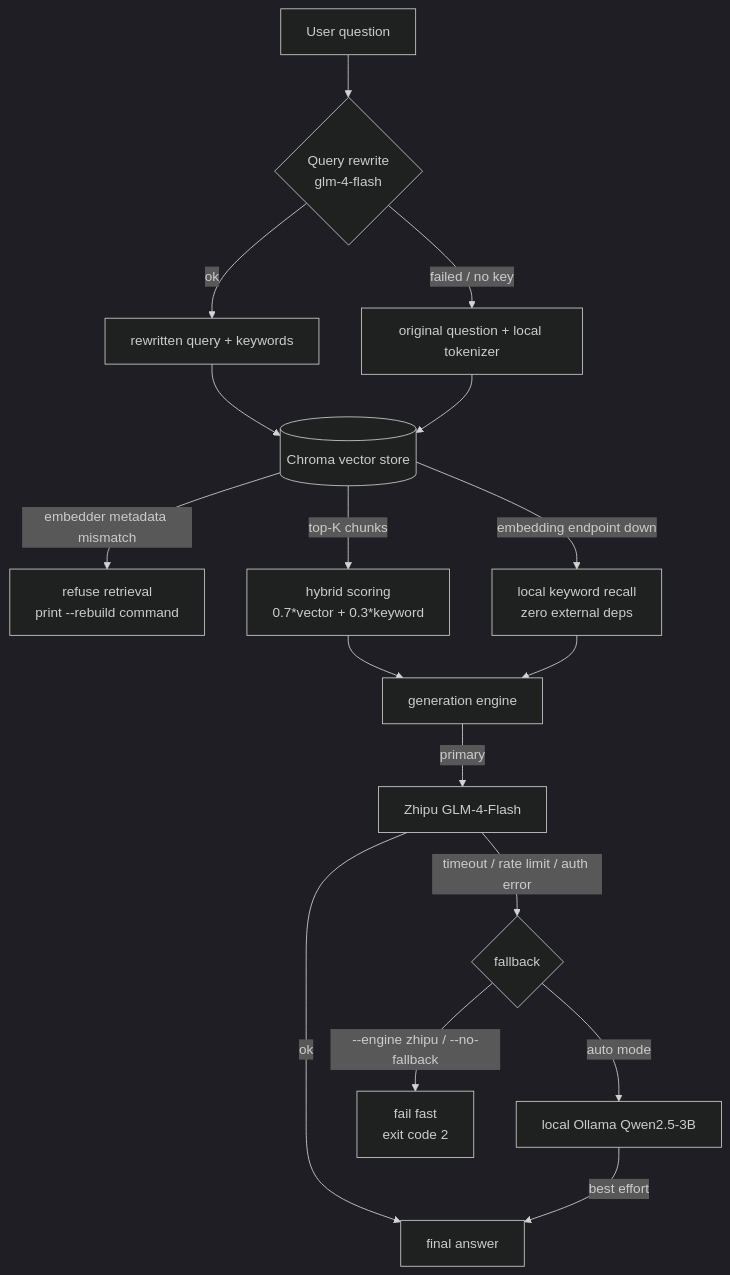
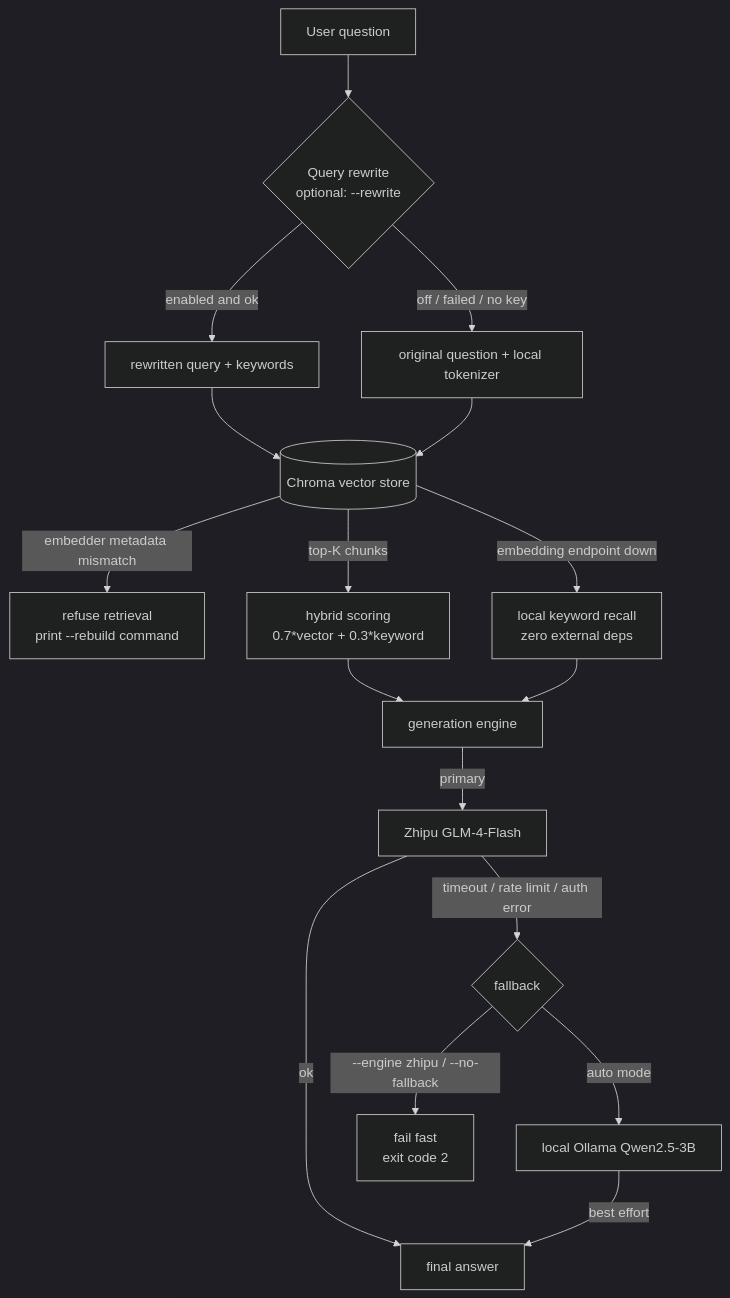
Before and after one commit to yrd-go/AI-Agent-Harness: the first of 4 diagrams in README_EN.md, drawn with Mermaid (dark theme). The commit also changed other lines of this file and 13 other files, not shown here.

````diff
--- a/README_EN.md
+++ b/README_EN.md
@@ -119,21 +120,21 @@
 ```mermaid
 graph TD
-    Q[User question] --> RW{Query rewrite<br/>glm-4-flash}
-    RW -->|ok| HQ[rewritten query + keywords]
-    RW -->|failed / no key| OQ[original question + local tokenizer]
+    Q[User question] --> RW{Query rewrite<br/>optional: --rewrite}
+    RW -->|enabled and ok| HQ[rewritten query + keywords]
+    RW -->|off / failed / no key| OQ[original question + local tokenizer]
 
     HQ --> VS[(Chroma vector store)]
     OQ --> VS
     VS -->|embedder metadata mismatch| GUARD[refuse retrieval<br/>print --rebuild command]
     VS -->|top-K chunks| FUSE[hybrid scoring<br/>0.7*vector + 0.3*keyword]
     VS -->|embedding endpoint down| KW[local keyword recall<br/>zero external deps]
 
     FUSE --> GEN[generation engine]
     KW --> GEN
     GEN -->|primary| ZP[Zhipu GLM-4-Flash]
     ZP -->|timeout / rate limit / auth error| FB{fallback}
     FB -->|auto mode| OL[local Ollama Qwen2.5-3B]
     FB -->|--engine zhipu / --no-fallback| FF[fail fast<br/>exit code 2]
     ZP -->|ok| ANS[final answer]
     OL -->|best effort| ANS
 ```
````
